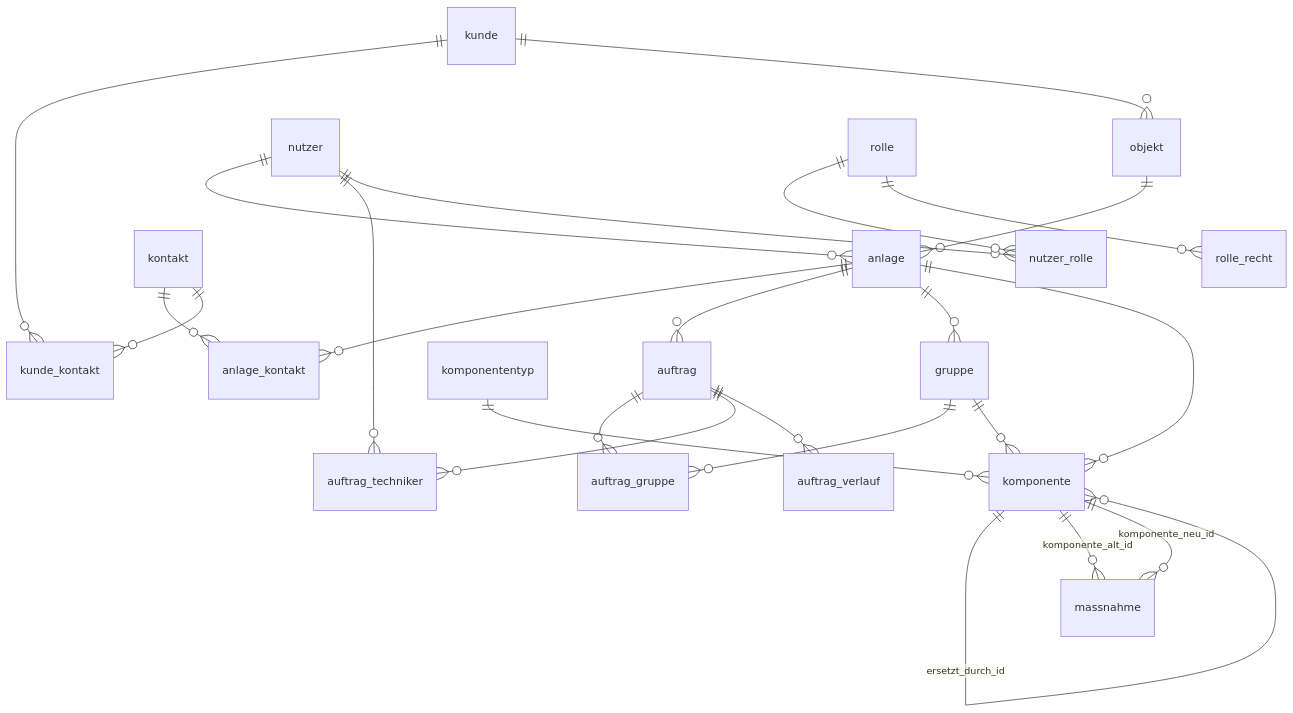
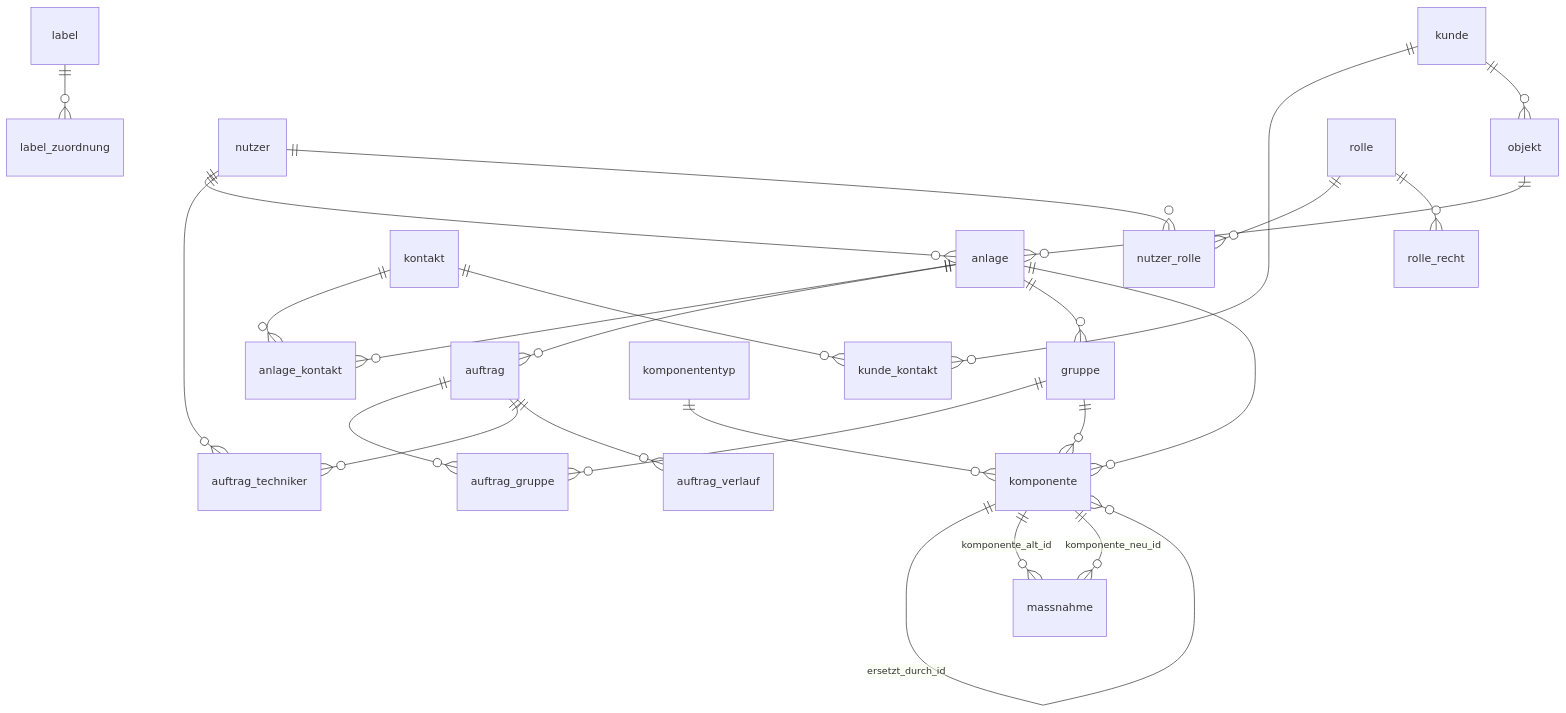
Before and after one commit to staubi0815/pgh-wartung: the second of 4 diagrams in docs/00-ueberblick.md, drawn with Mermaid. The commit also changed 29 other files, not shown here.

````diff
--- a/docs/00-ueberblick.md
+++ b/docs/00-ueberblick.md
@@ -60,27 +60,28 @@
 ```mermaid
 erDiagram
     objekt ||--o{ anlage : ""
     nutzer ||--o{ anlage : ""
     anlage ||--o{ anlage_kontakt : ""
     kontakt ||--o{ anlage_kontakt : ""
     anlage ||--o{ auftrag : ""
     auftrag ||--o{ auftrag_gruppe : ""
     gruppe ||--o{ auftrag_gruppe : ""
     auftrag ||--o{ auftrag_techniker : ""
     nutzer ||--o{ auftrag_techniker : ""
     auftrag ||--o{ auftrag_verlauf : ""
     anlage ||--o{ gruppe : ""
     anlage ||--o{ komponente : ""
     komponente ||--o{ komponente : "eltern_id"
     komponente ||--o{ komponente : "ersetzt_durch_id"
     gruppe ||--o{ komponente : ""
     komponententyp ||--o{ komponente : ""
     kontakt ||--o{ kunde_kontakt : ""
     kunde ||--o{ kunde_kontakt : ""
+    label ||--o{ label_zuordnung : ""
     komponente ||--o{ massnahme : "komponente_alt_id"
     komponente ||--o{ massnahme : "komponente_neu_id"
     nutzer ||--o{ nutzer_rolle : ""
     rolle ||--o{ nutzer_rolle : ""
     kunde ||--o{ objekt : ""
     rolle ||--o{ rolle_recht : ""
 ```
````
